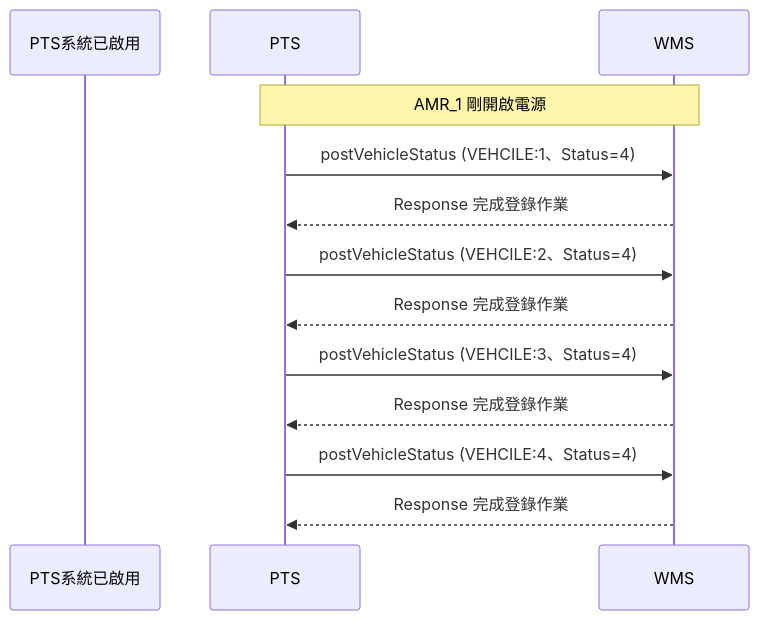
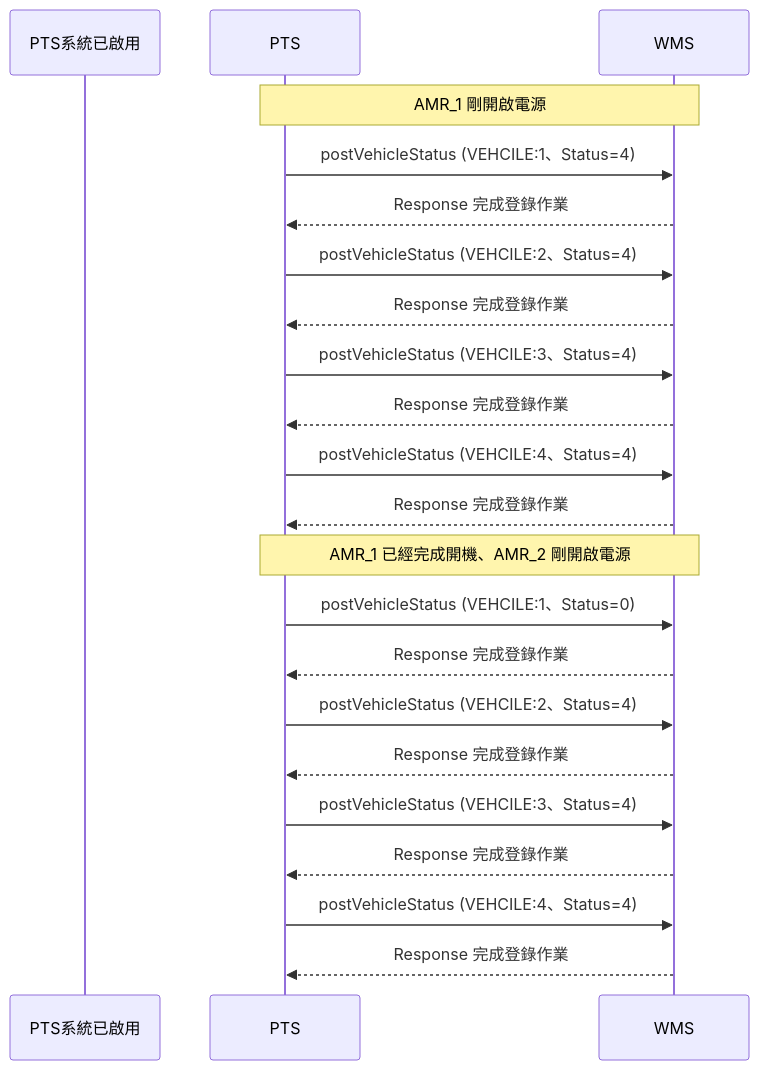
Before and after one commit to athena-tircgo/amr-wms-lsj: the fifth of 6 diagrams in README.md, drawn with Mermaid.

````diff
--- a/README.md
+++ b/README.md
@@ -309,18 +309,26 @@
 ```mermaid
 sequenceDiagram
     participant PTS系統已啟用
     participant PTS
     participant WMS
 
     note over PTS,WMS: AMR_1 剛開啟電源
         PTS->>WMS: postVehicleStatus (VEHCILE:1、Status=4)
         WMS-->>PTS: Response 完成登錄作業
         PTS->>WMS: postVehicleStatus (VEHCILE:2、Status=4)
         WMS-->>PTS: Response 完成登錄作業
         PTS->>WMS: postVehicleStatus (VEHCILE:3、Status=4)
         WMS-->>PTS: Response 完成登錄作業
         PTS->>WMS: postVehicleStatus (VEHCILE:4、Status=4)
         WMS-->>PTS: Response 完成登錄作業
-
+note over PTS,WMS: AMR_1 已經完成開機、AMR_2 剛開啟電源
+        PTS->>WMS: postVehicleStatus (VEHCILE:1、Status=0)
+        WMS-->>PTS: Response 完成登錄作業
+        PTS->>WMS: postVehicleStatus (VEHCILE:2、Status=4)
+        WMS-->>PTS: Response 完成登錄作業
+        PTS->>WMS: postVehicleStatus (VEHCILE:3、Status=4)
+        WMS-->>PTS: Response 完成登錄作業
+        PTS->>WMS: postVehicleStatus (VEHCILE:4、Status=4)
+        WMS-->>PTS: Response 完成登錄作業
 
 ```
````
